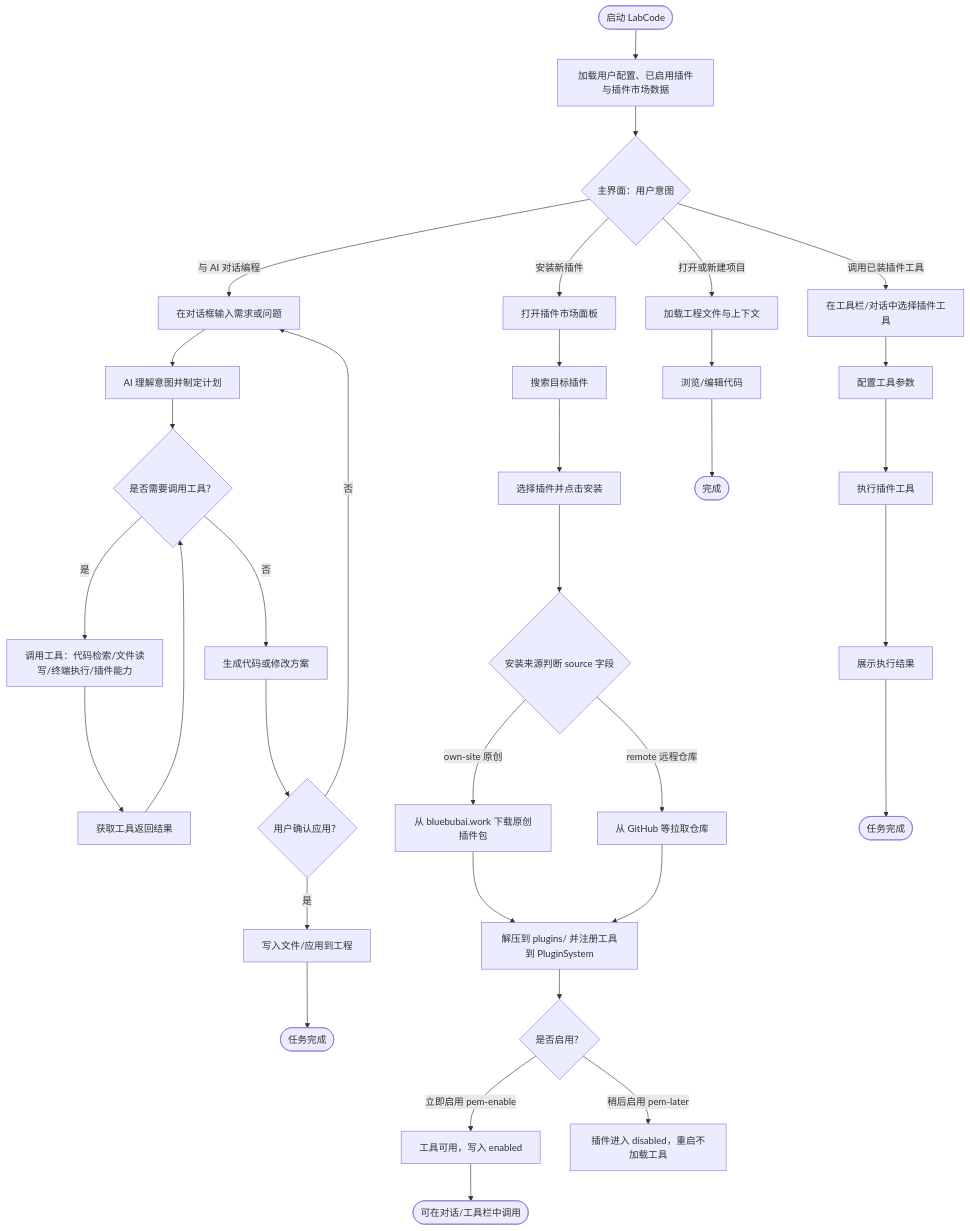
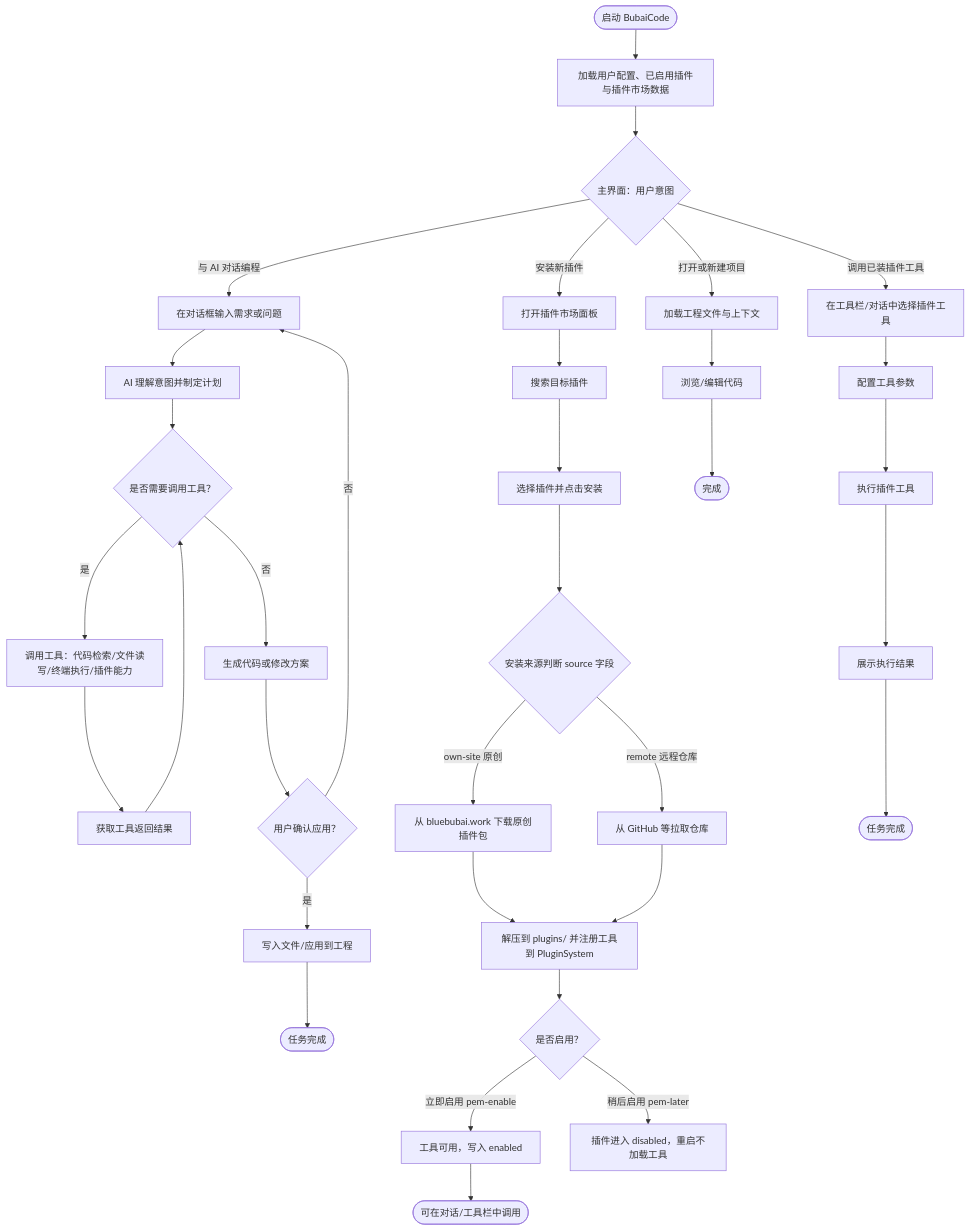
Before and after one commit to hulufeng/chajian: the diagram in desktop-app/software_usage_flowchart.md, drawn with Mermaid. The commit also changed other lines of this file and 63 other files, not shown here.

First line of the commit message:
branding: 全量品牌替换 LabCode→BubaiCode + BubaiCode 图标/欢迎页logo/描述

````diff
--- a/desktop-app/software_usage_flowchart.md
+++ b/desktop-app/software_usage_flowchart.md
@@ -5,41 +5,41 @@
 ```mermaid
 flowchart TD
-    Start([启动 LabCode]) --> Load[加载用户配置、已启用插件与插件市场数据]
+    Start([启动 BubaiCode]) --> Load[加载用户配置、已启用插件与插件市场数据]
     Load --> Home{主界面：用户意图}
 
     Home -->|与 AI 对话编程| Chat[在对话框输入需求或问题]
     Home -->|安装新插件| Market[打开插件市场面板]
     Home -->|调用已装插件工具| Tool[在工具栏/对话中选择插件工具]
     Home -->|打开或新建项目| Proj[加载工程文件与上下文]
 
     Chat --> Analyze[AI 理解意图并制定计划]
     Analyze --> NeedTool{是否需要调用工具？}
     NeedTool -->|是| Call[调用工具：代码检索/文件读写/终端执行/插件能力]
     Call --> Res[获取工具返回结果]
     Res --> NeedTool
     NeedTool -->|否| Gen[生成代码或修改方案]
     Gen --> Confirm{用户确认应用？}
     Confirm -->|是| Apply[写入文件/应用到工程]
     Confirm -->|否| Chat
     Apply --> Done1([任务完成])
 
     Market --> Search[搜索目标插件]
     Search --> Pick[选择插件并点击安装]
     Pick --> Src{安装来源判断 source 字段}
     Src -->|own-site 原创| Down[从 bluebubai.work 下载原创插件包]
     Src -->|remote 远程仓库| Git[从 GitHub 等拉取仓库]
     Down --> Unzip[解压到 plugins/ 并注册工具到 PluginSystem]
     Git --> Unzip
     Unzip --> Enable{是否启用？}
     Enable -->|立即启用 pem-enable| Ready[工具可用，写入 enabled]
     Enable -->|稍后启用 pem-later| Disabled[插件进入 disabled，重启不加载工具]
     Ready --> Done2([可在对话/工具栏中调用])
 
     Tool --> Cfg[配置工具参数]
     Cfg --> Exec[执行插件工具]
     Exec --> Out[展示执行结果]
     Out --> Done3([任务完成])
 
     Proj --> Edit[浏览/编辑代码]
     Edit --> Done4([完成])
 ```
````
